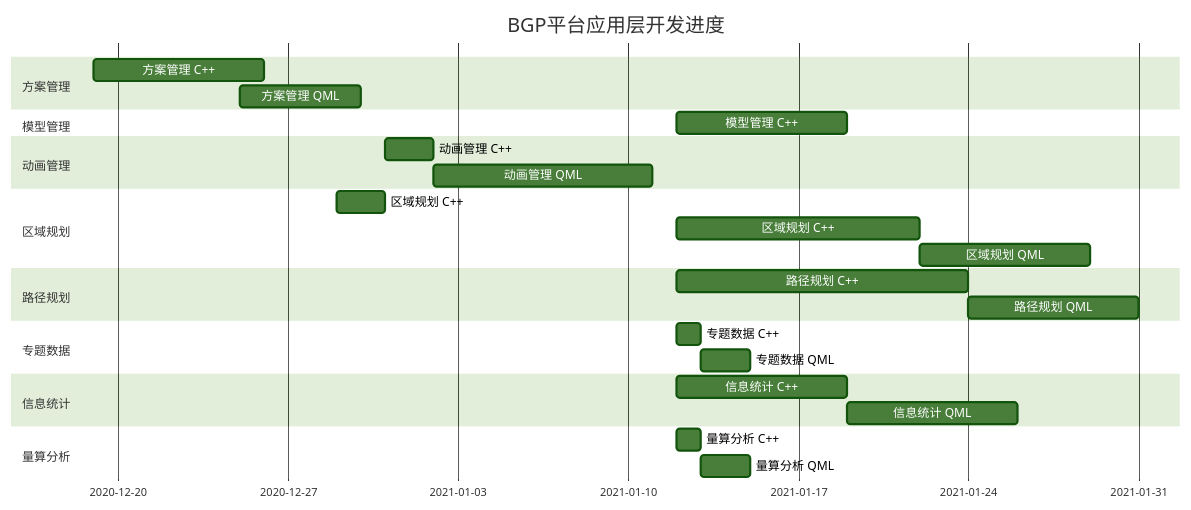
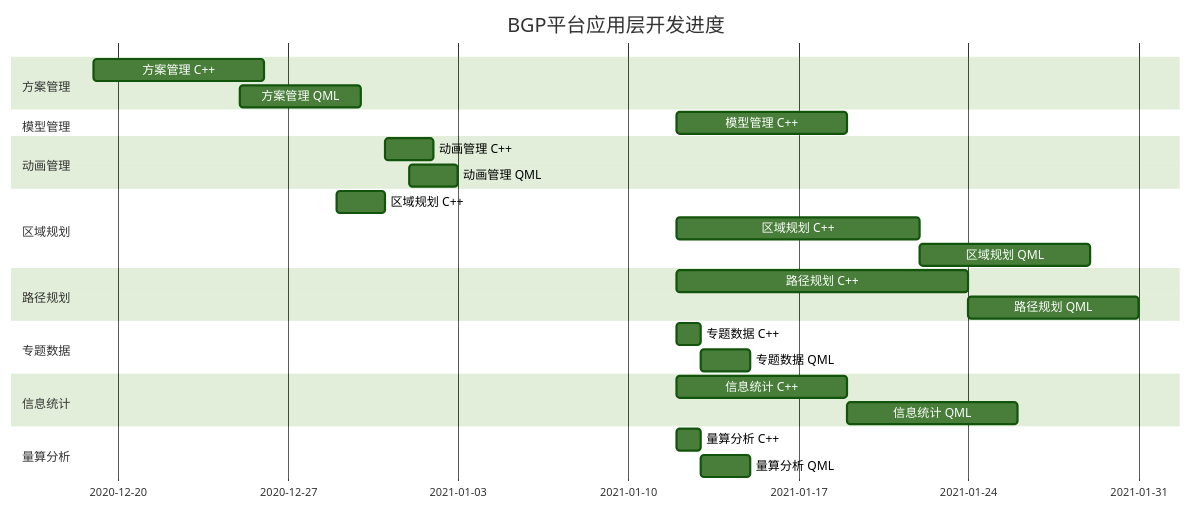
One commit to MJYCo-Ltd/Map changed the diagram in Doc/BGP平台应用层开发进度.md. Above: the diagram before and after it, drawn with Mermaid (forest theme). The commit also changed 11 other files, not shown here.

First line of the commit message:
添加动画编辑页标签、图片文档已更新

````diff
--- a/Doc/BGP平台应用层开发进度.md
+++ b/Doc/BGP平台应用层开发进度.md
@@ -13,29 +13,29 @@
 ```mermaid
 gantt
     title BGP平台应用层开发进度
     dateFormat  YYYY-MM-DD
     section 方案管理
     方案管理 C++ :a1, 2020-12-19, 7d
     方案管理 QML :a2 ,2020-12-25, 5d
     section 模型管理
     模型管理 C++ :b1, 2021-01-12, 7d
     section 动画管理
-    动画管理 C++ :c1, 2020-12-31  , 2d
-    动画管理 QML :after c1, 9d
+    动画管理 C++ :c1, 2020-12-31, 2d
+    动画管理 QML :c2, 2021-01-01, 2d
     section 区域规划
     区域规划 C++ :d1, 2020-12-29  , 2d
     区域规划 C++ :d1, 2021-01-12  , 10d
     区域规划 QML :after d1, 7d
     section 路径规划
     路径规划 C++ :e1, 2021-01-12  , 12d
     路径规划 QML :after e1, 7d
     section 专题数据
     专题数据 C++ :f1, 2021-01-12  , 1d
     专题数据 QML :after f1, 2d
     section 信息统计
     信息统计 C++ :g1, 2021-01-12  , 7d
     信息统计 QML :after g1, 7d
     section 量算分析
     量算分析 C++ :h1, 2021-01-12  , 1d
     量算分析 QML :after h1, 2d
 ```
````
